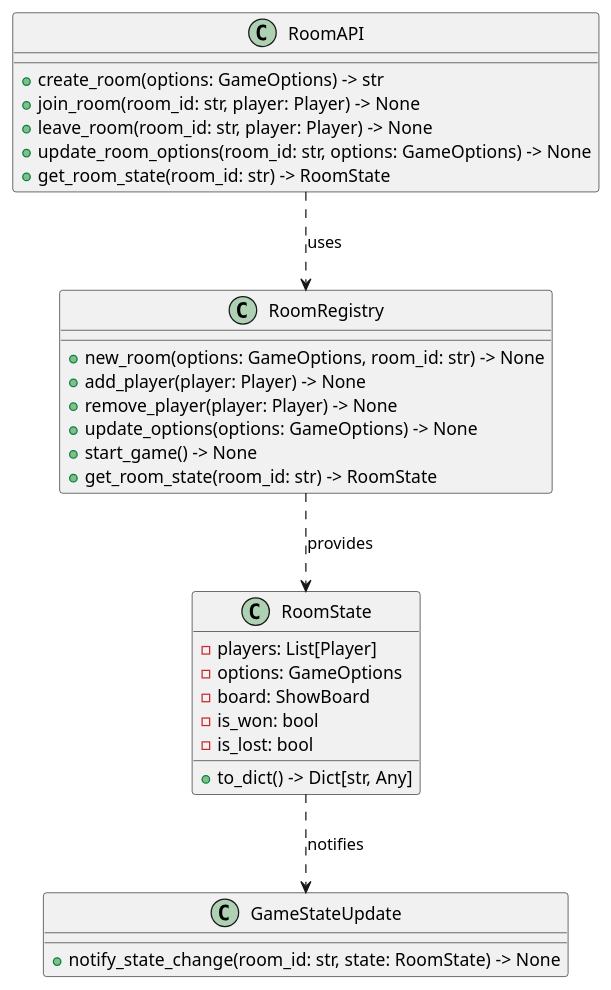
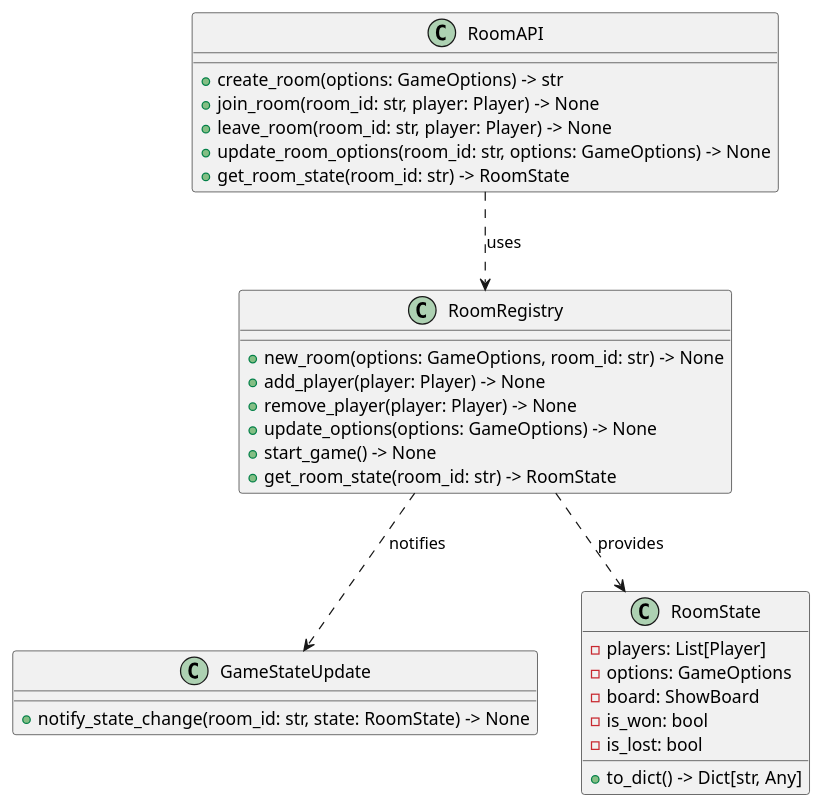
One commit to HampusSiik/minesweeper-with-friends changed the diagram in doc/api-diagram.puml. Above: the diagram before and after it, drawn with PlantUML.

Commit message:
Update API diagram: change notification relationship from RoomState to Room

```diff
--- a/doc/api-diagram.puml
+++ b/doc/api-diagram.puml
@@ -1,37 +1,37 @@
 @startuml api
 
 class GameStateUpdate {
     + notify_state_change(room_id: str, state: RoomState) -> None
 }
 
 class RoomState {
     - players: List[Player]
     - options: GameOptions
     - board: ShowBoard
     - is_won: bool
     - is_lost: bool
     + to_dict() -> Dict[str, Any]
 }
 
 class RoomAPI {
     + create_room(options: GameOptions) -> str
     + join_room(room_id: str, player: Player) -> None
     + leave_room(room_id: str, player: Player) -> None
     + update_room_options(room_id: str, options: GameOptions) -> None
     + get_room_state(room_id: str) -> RoomState
 }
 
 class "RoomRegistry" as Room {
     + new_room(options: GameOptions, room_id: str) -> None
     + add_player(player: Player) -> None
     + remove_player(player: Player) -> None
     + update_options(options: GameOptions) -> None
     + start_game() -> None
     + get_room_state(room_id: str) -> RoomState
 }
 
 RoomAPI ..> Room : "uses"
 Room ..> RoomState : "provides"
-RoomState ..> GameStateUpdate : "notifies"
+Room ..> GameStateUpdate : "notifies"
 
 @enduml
```
